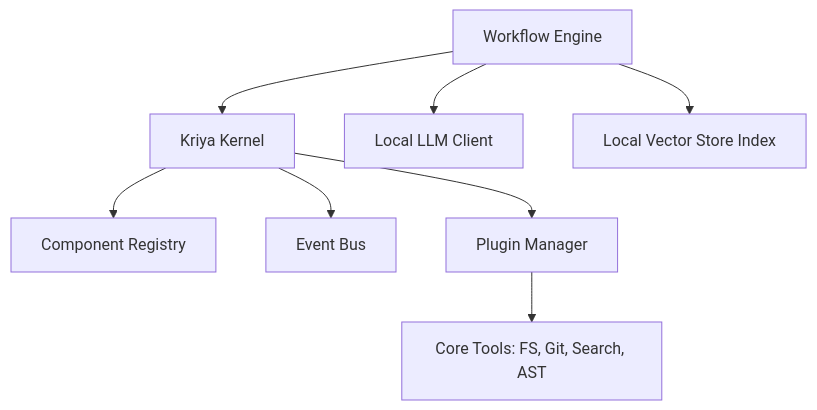
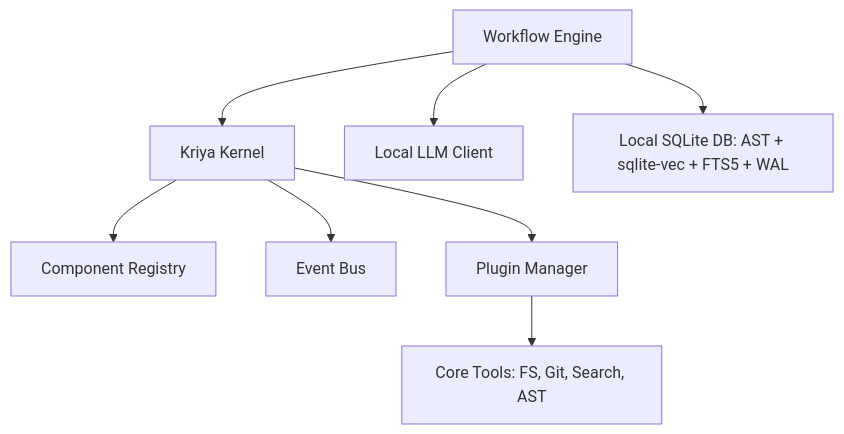
Before and after one commit to snanduri7/kriya: the diagram in README.md, drawn with Mermaid. The commit also changed other lines of this file and 10 other files, not shown here.

````diff
--- a/README.md
+++ b/README.md
@@ -39,10 +37,10 @@
 ```mermaid
 graph TD
     Kernel[Kriya Kernel] --> Registry[Component Registry]
     Kernel --> EventBus[Event Bus]
     Kernel --> PM[Plugin Manager]
     PM --> CoreTools[Core Tools: FS, Git, Search, AST]
     Workflow[Workflow Engine] --> Kernel
     Workflow --> LLM[Local LLM Client]
-    Workflow --> Memory[Local Vector Store Index]
+    Workflow --> Memory[Local SQLite DB: AST + sqlite-vec + FTS5 + WAL]
 ```
````
